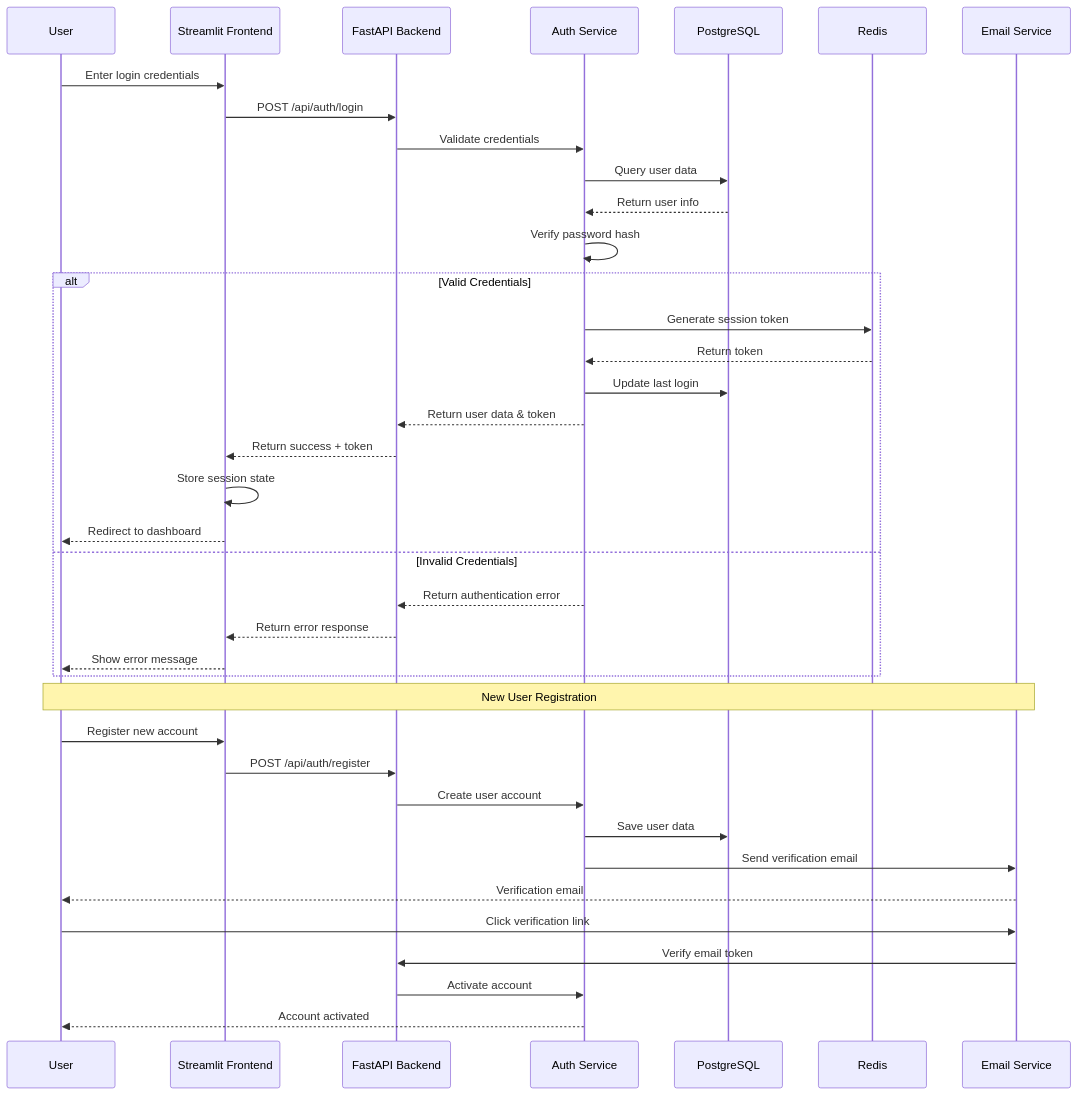
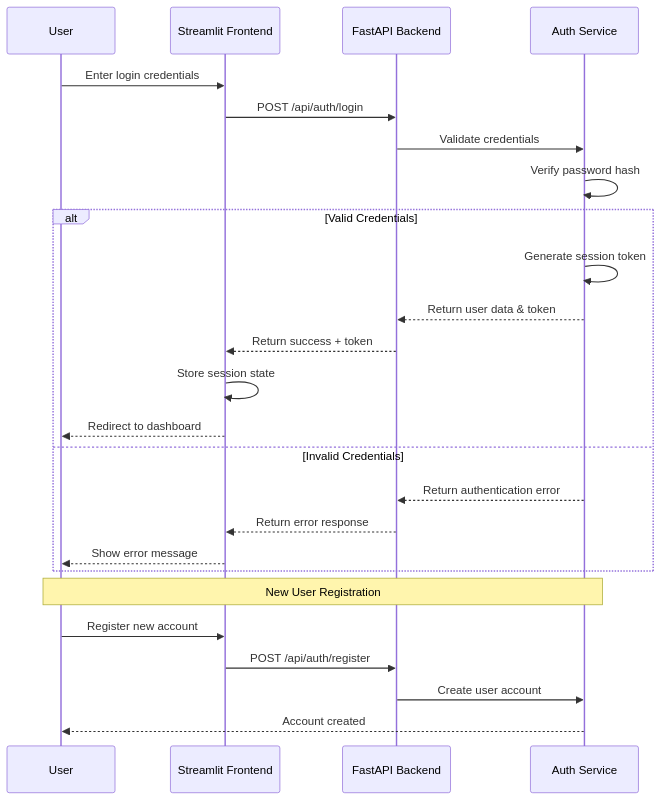
One commit to LePhuongPhuong/F1-Hackathon-CopilotTeam changed the seventh of 15 diagrams in vietnamese_legal_chatbot/docs/system-architecture.md. Above: the diagram before and after it, drawn with Mermaid. The commit also changed other lines of this file and 15 other files, not shown here.

````diff
--- a/vietnamese_legal_chatbot/docs/system-architecture.md
+++ b/vietnamese_legal_chatbot/docs/system-architecture.md
@@ -407,44 +310,30 @@
 ```mermaid
 sequenceDiagram
     participant U as User
     participant ST as Streamlit Frontend
     participant API as FastAPI Backend
     participant AUTH as Auth Service
-    participant PG as PostgreSQL
-    participant RD as Redis
-    participant EMAIL as Email Service
     
     U->>ST: Enter login credentials
     ST->>API: POST /api/auth/login
     
     API->>AUTH: Validate credentials
-    AUTH->>PG: Query user data
-    PG-->>AUTH: Return user info
-    
     AUTH->>AUTH: Verify password hash
     alt Valid Credentials
-        AUTH->>RD: Generate session token
-        RD-->>AUTH: Return token
-        AUTH->>PG: Update last login
+        AUTH->>AUTH: Generate session token
         AUTH-->>API: Return user data & token
         API-->>ST: Return success + token
         ST->>ST: Store session state
         ST-->>U: Redirect to dashboard
     else Invalid Credentials
         AUTH-->>API: Return authentication error
         API-->>ST: Return error response
         ST-->>U: Show error message
     end
     
-    Note over U,EMAIL: New User Registration
+    Note over U,AUTH: New User Registration
     U->>ST: Register new account
     ST->>API: POST /api/auth/register
     API->>AUTH: Create user account
-    AUTH->>PG: Save user data
-    AUTH->>EMAIL: Send verification email
-    EMAIL-->>U: Verification email
-    U->>EMAIL: Click verification link
-    EMAIL->>API: Verify email token
-    API->>AUTH: Activate account
-    AUTH-->>U: Account activated
+    AUTH-->>U: Account created
 ```
````
